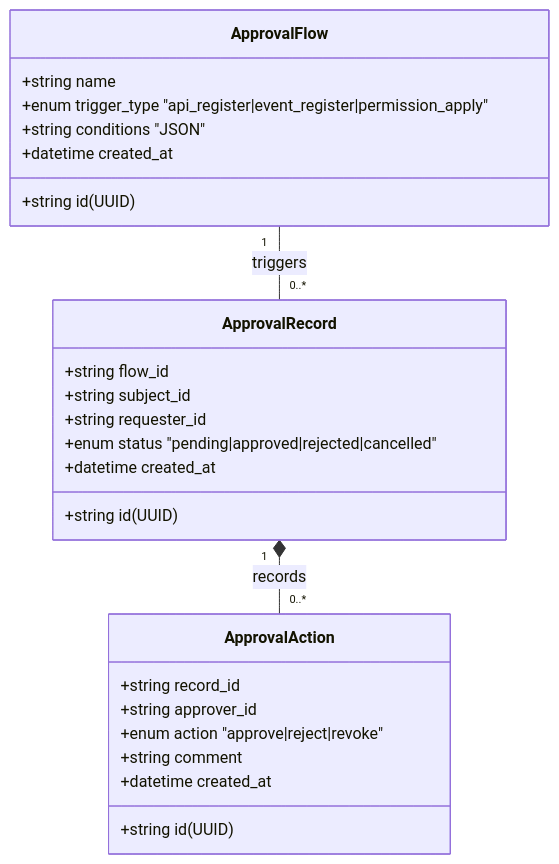
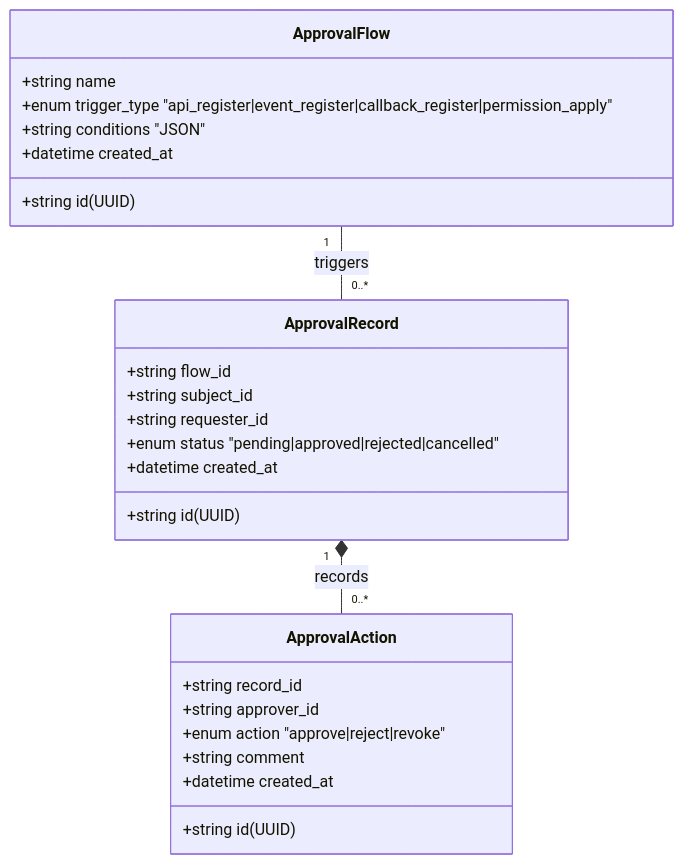
The fourth of 7 diagrams in .sddu/specs-tree-root/specs-tree-capability-open-platform/spec.md (THZSummer/open-app), drawn with Mermaid before and after one commit. The commit also changed other lines of this file, not shown here.

First line of the commit message:
docs(spec): sync Chapter 4-8 with Callback MVP changes

````diff
--- a/.sddu/specs-tree-root/specs-tree-capability-open-platform/spec.md
+++ b/.sddu/specs-tree-root/specs-tree-capability-open-platform/spec.md
@@ -365,31 +365,31 @@
 ```mermaid
 classDiagram
     class ApprovalFlow {
         +string id (UUID)
         +string name
-        +enum trigger_type "api_register|event_register|permission_apply"
+        +enum trigger_type "api_register|event_register|callback_register|permission_apply"
         +string conditions "JSON"
         +datetime created_at
     }
     
     class ApprovalRecord {
         +string id (UUID)
         +string flow_id
         +string subject_id
         +string requester_id
         +enum status "pending|approved|rejected|cancelled"
         +datetime created_at
     }
     
     class ApprovalAction {
         +string id (UUID)
         +string record_id
         +string approver_id
         +enum action "approve|reject|revoke"
         +string comment
         +datetime created_at
     }
     
     ApprovalFlow "1" -- "0..*" ApprovalRecord : triggers
     ApprovalRecord "1" *-- "0..*" ApprovalAction : records
 ```
````
